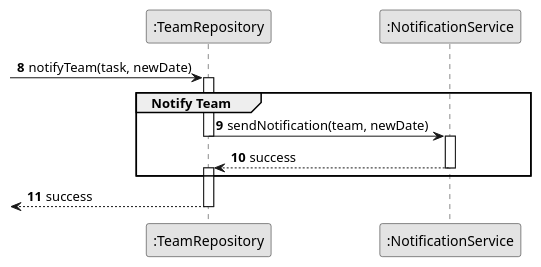
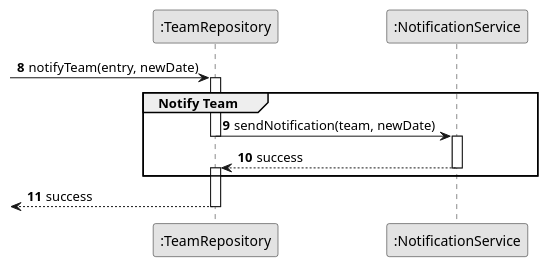
Before and after one commit to ricardomm7/leaflink: the diagram in docs/sprintC/us024/03.design/puml/us024-sequence-diagram-partial-notify-team.puml, drawn with PlantUML. The commit also changed 30 other files, not shown here.

Commit message:
Change Task to Entry in US24, US25, US29; Update domain model; Send verification from UI to Domain (Vehicle)

```diff
--- a/docs/sprintC/us024/03.design/puml/us024-sequence-diagram-partial-notify-team.puml
+++ b/docs/sprintC/us024/03.design/puml/us024-sequence-diagram-partial-notify-team.puml
@@ -1,30 +1,30 @@
 @startuml
 skinparam monochrome true
 skinparam packageStyle rectangle
 skinparam shadowing false
 
 participant ":TeamRepository" as TeamRepo
 participant ":NotificationService" as NotificationService
 
 
 autonumber 8
- -> TeamRepo : notifyTeam(task, newDate)
+ -> TeamRepo : notifyTeam(entry, newDate)
 
 activate TeamRepo
     group Notify Team
 
     TeamRepo -> NotificationService : sendNotification(team, newDate)
     deactivate TeamRepo
     activate NotificationService
 
     NotificationService --> TeamRepo : success
     deactivate NotificationService
     activate TeamRepo
 
     end
 
  <-- TeamRepo: success
 deactivate TeamRepo
 
 
 @enduml
```
